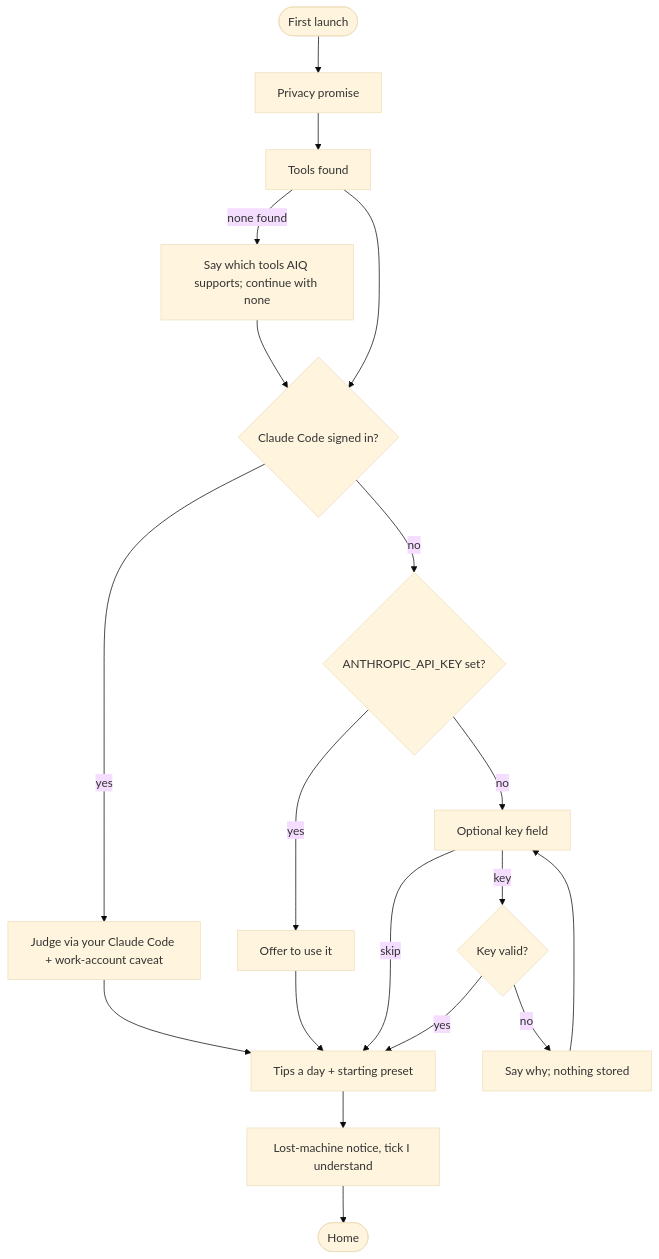
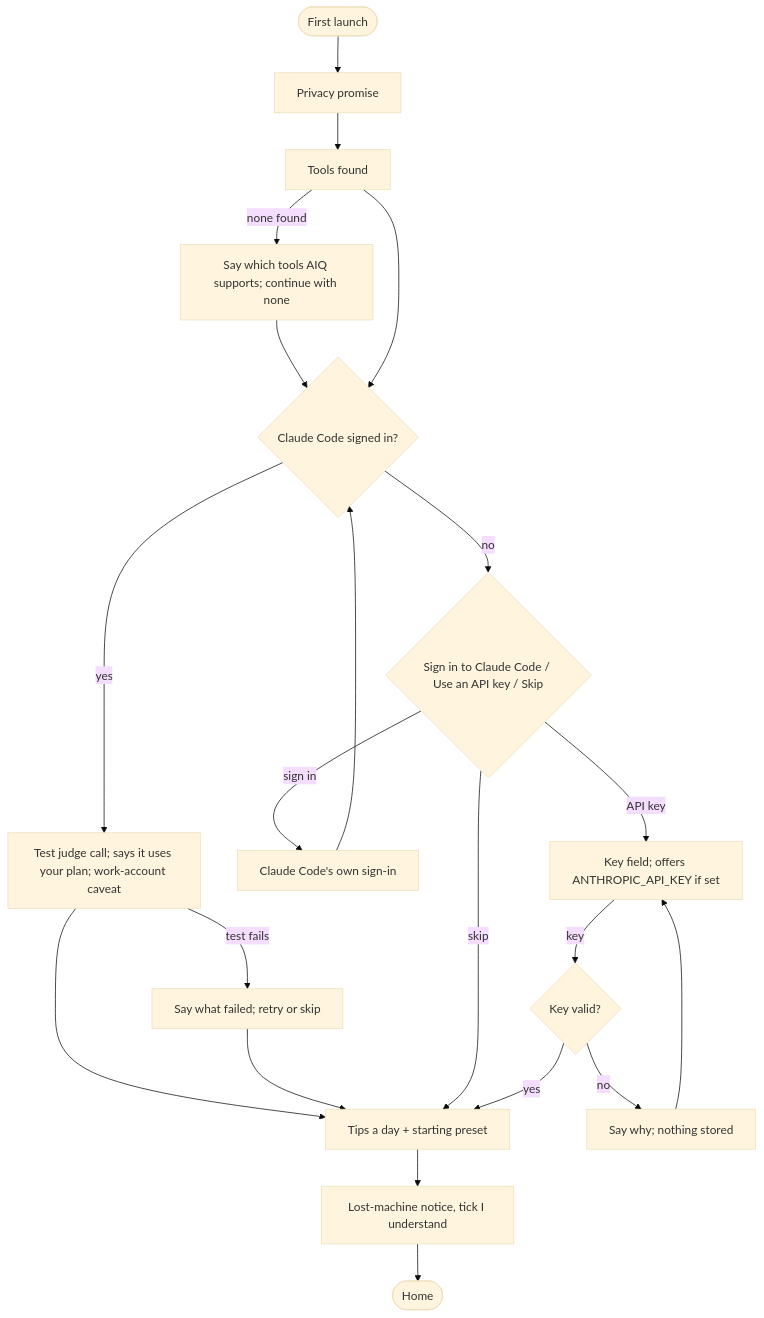
One commit to imransargusingh/AIQ changed the first of 3 diagrams in docs/specs/aiq-home.md. Above: the diagram before and after it, drawn with Mermaid (base theme). The commit also changed other lines of this file and 9 other files, not shown here.

````diff
--- a/docs/specs/aiq-home.md
+++ b/docs/specs/aiq-home.md
@@ -185,15 +185,16 @@
 ```mermaid
 flowchart TD
   start([First launch]) --> priv[Privacy promise] --> tools[Tools found]
   tools -->|none found| notools["Say which tools AIQ supports; continue with none"] --> judge
   tools --> judge{Claude Code signed in?}
-  judge -->|yes| cc["Judge via your Claude Code + work-account caveat"] --> tips
-  judge -->|no| env{ANTHROPIC_API_KEY set?}
-  env -->|yes| usekey["Offer to use it"] --> tips
-  env -->|no| keyfield["Optional key field"]
-  keyfield -->|skip| tips
+  judge -->|yes| cc["Test judge call; says it uses your plan; work-account caveat"] --> tips
+  cc -->|test fails| ccerr["Say what failed; retry or skip"] --> tips
+  judge -->|no| choose{"Sign in to Claude Code / Use an API key / Skip"}
+  choose -->|sign in| ccflow["Claude Code's own sign-in"] --> judge
+  choose -->|skip| tips
+  choose -->|API key| keyfield["Key field; offers ANTHROPIC_API_KEY if set"]
   keyfield -->|key| check{Key valid?}
   check -->|no| keyerr["Say why; nothing stored"] --> keyfield
   check -->|yes| tips[Tips a day + starting preset]
   tips --> lost["Lost-machine notice, tick I understand"] --> home([Home])
 ```
````
